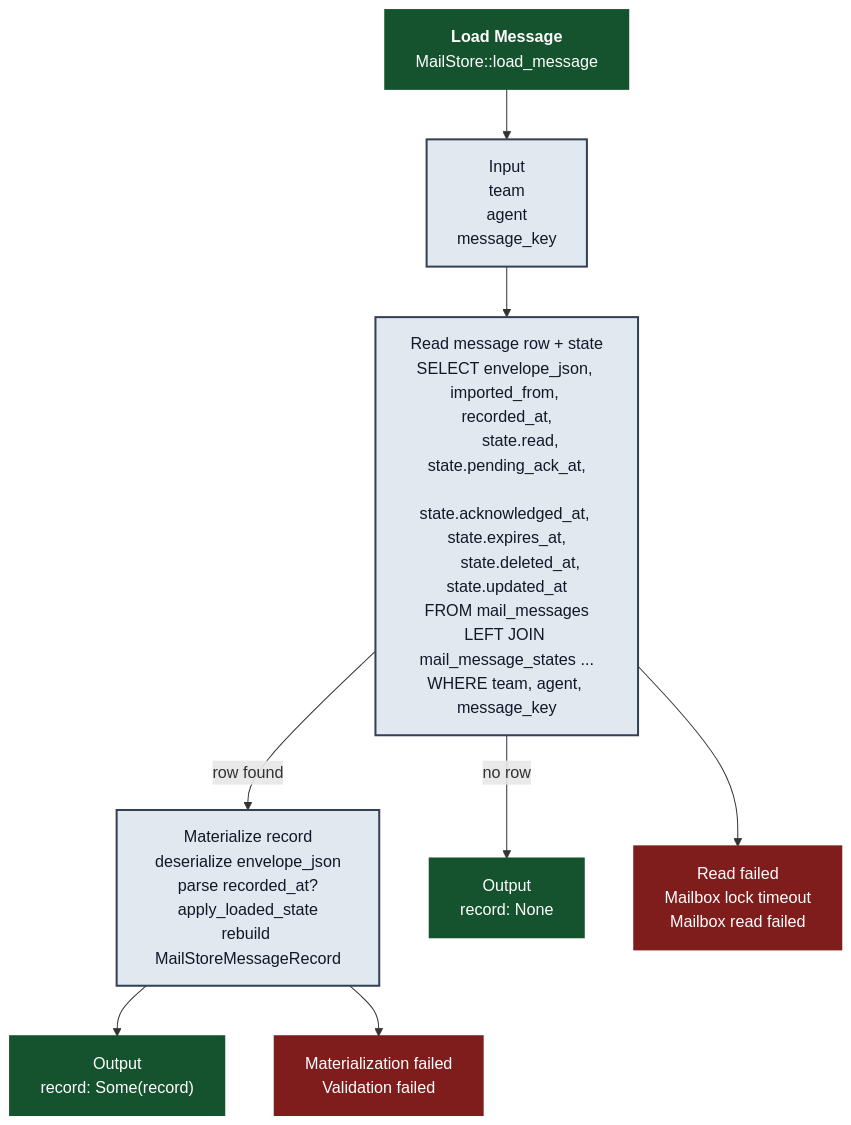
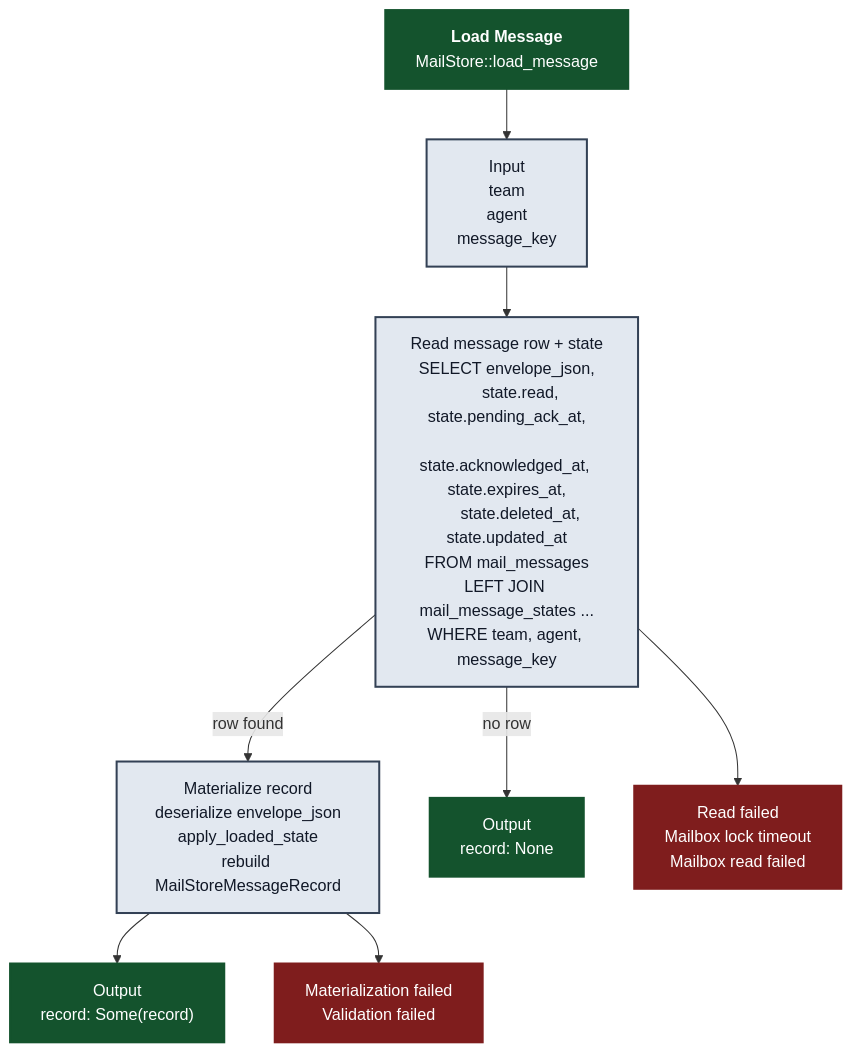
One commit to randlee/atm-core changed the diagram in docs/atm-rusqlite/sql_load-message.mmd. Above: the diagram before and after it, drawn with Mermaid. The commit also changed 6 other files, not shown here.

```diff
--- a/docs/atm-rusqlite/sql_load-message.mmd
+++ b/docs/atm-rusqlite/sql_load-message.mmd
@@ -1,43 +1,42 @@
 %% title: `Load Message`
 %% summary: SQLite boundary method `MailStore::load_message`.
 %% commentary: This SQL-boundary path reads the immutable row from `mail_messages`, LEFT JOINs `mail_message_states`, applies the loaded mutable state projection to the envelope, and returns `None` when no row exists.
 %% read_tables: mail_messages, mail_message_states
 %% write_tables:
 %% notes: reads: 1 | writes: 0 | joins: 1 | transactions: 0
 %% sets: query
 flowchart TD
     A["<b>Load Message</b><br/>MailStore::load_message"]
     A --> I["Input
 team
 agent
 message_key"]
     I --> R["Read message row + state
-SELECT envelope_json, imported_from, recorded_at,
+SELECT envelope_json,
        state.read, state.pending_ack_at,
        state.acknowledged_at, state.expires_at,
        state.deleted_at, state.updated_at
 FROM mail_messages
 LEFT JOIN mail_message_states ...
 WHERE team, agent, message_key"]
     R -->|row found| M["Materialize record
 deserialize envelope_json
-parse recorded_at?
 apply_loaded_state
 rebuild MailStoreMessageRecord"]
     R -->|no row| O0["Output
 record: None"]
     M --> O1["Output
 record: Some(record)"]
     R --> ER["Read failed
 Mailbox lock timeout
 Mailbox read failed"]
     M --> EM["Materialization failed
 Validation failed"]
 
     classDef happy fill:#14532d,color:#ffffff,stroke:#14532d,stroke-width:2px;
     classDef error fill:#7f1d1d,color:#ffffff,stroke:#7f1d1d,stroke-width:2px;
     classDef neutral fill:#e2e8f0,color:#111827,stroke:#334155,stroke-width:2px;
 
     class A,O0,O1 happy;
     class ER,EM error;
     class I,R,M neutral;
```
